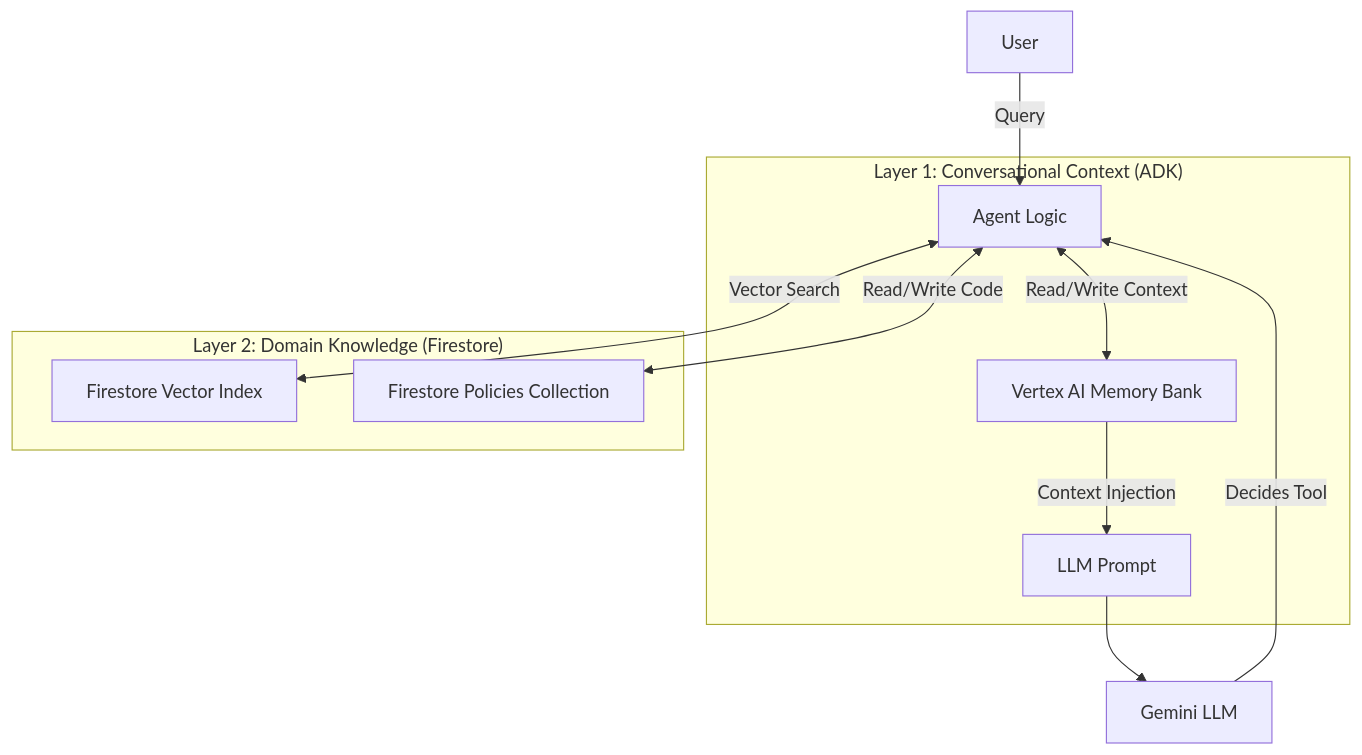
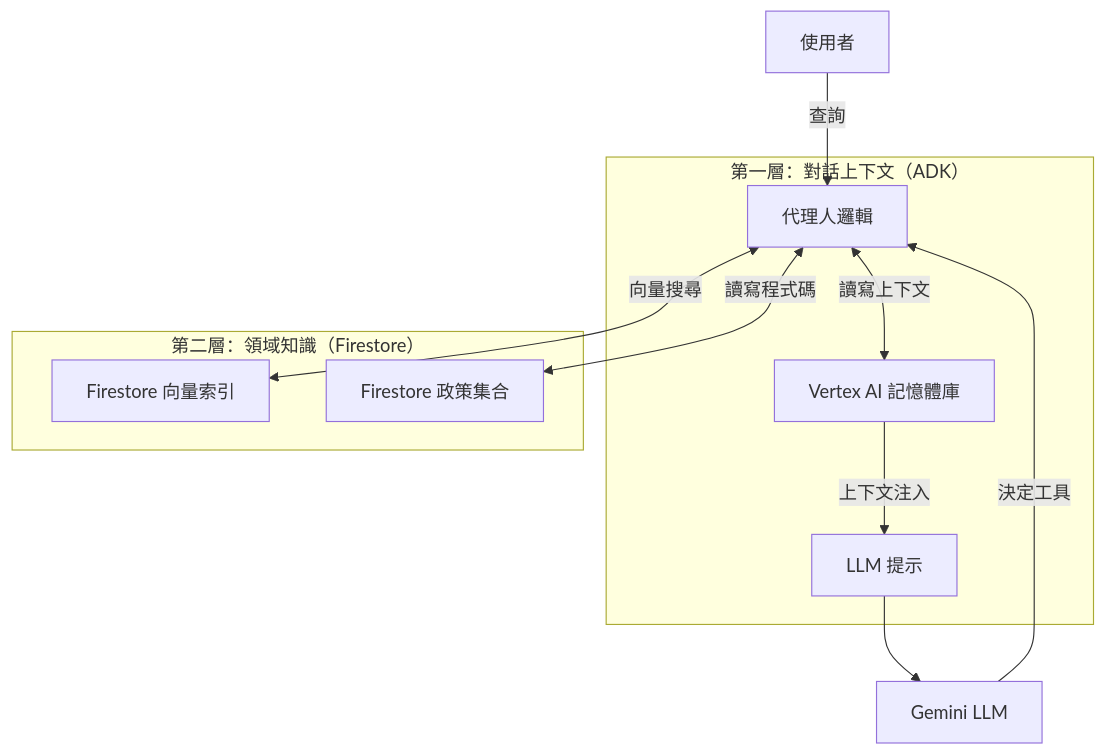
The diagram in workspace/python/agents/pack-policy-as-code/docs/MEMORY_IMPLEMENTATION.md (lastingyeh/google-adk-study), drawn with Mermaid before and after one commit. The commit also changed other lines of this file and 74 other files, not shown here.

Commit message:
add Day 74 policy as code agent implemented

````diff
--- a/workspace/python/agents/pack-policy-as-code/docs/MEMORY_IMPLEMENTATION.md
+++ b/workspace/python/agents/pack-policy-as-code/docs/MEMORY_IMPLEMENTATION.md
@@ -96,17 +96,17 @@
 ```mermaid
 graph TD
-    User[User] -->|Query| Agent[Agent Logic]
+    User[使用者] -->|查詢| Agent[代理人邏輯]
 
-    subgraph "Layer 1: Conversational Context (ADK)"
-        Agent <-->|Read/Write Context| ADK_Mem[Vertex AI Memory Bank]
-        ADK_Mem -->|Context Injection| Prompt[LLM Prompt]
+    subgraph "第一層：對話上下文（ADK）"
+        Agent <-->|讀寫上下文| ADK_Mem[Vertex AI 記憶體庫]
+        ADK_Mem -->|上下文注入| Prompt[LLM 提示]
     end
 
-    subgraph "Layer 2: Domain Knowledge (Firestore)"
-        Agent <-->|Vector Search| FS_Vector[Firestore Vector Index]
-        Agent <-->|Read/Write Code| FS_DB[Firestore Policies Collection]
+    subgraph "第二層：領域知識（Firestore）"
+        Agent <-->|向量搜尋| FS_Vector[Firestore 向量索引]
+        Agent <-->|讀寫程式碼| FS_DB[Firestore 政策集合]
     end
 
     Prompt --> LLM[Gemini LLM]
-    LLM -->|Decides Tool| Agent
+    LLM -->|決定工具| Agent
 ```
````
